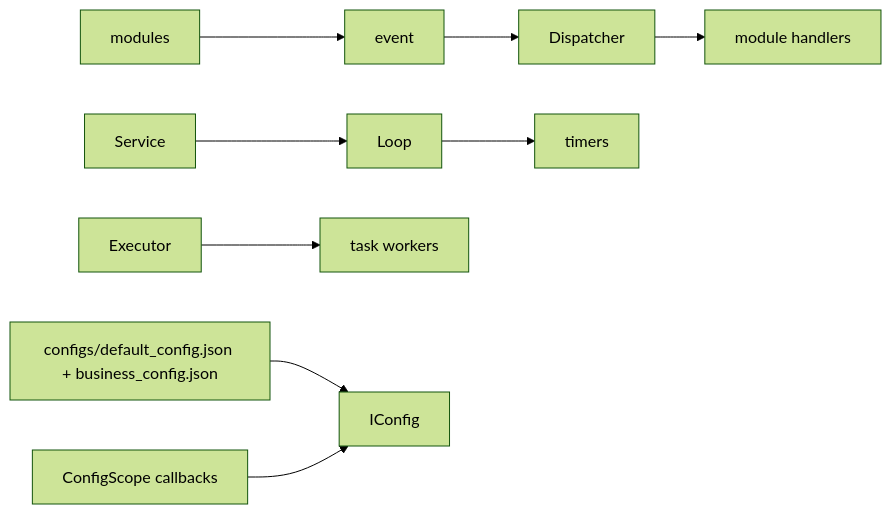
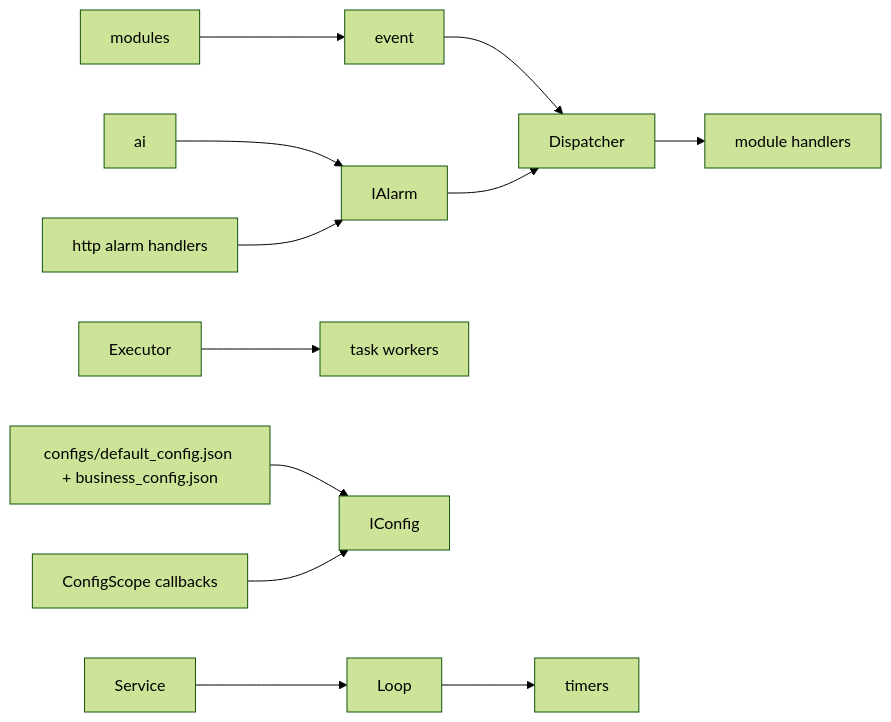
The diagram in docs/libs/event.md (373699756/live_stream), drawn with Mermaid (forest theme) before and after one commit. The commit also changed other lines of this file and 12 other files, not shown here.

````diff
--- a/docs/libs/event.md
+++ b/docs/libs/event.md
@@ -14,11 +14,14 @@
 ```mermaid
 flowchart LR
   Publishers[modules] --> Event[event]
   Event --> Dispatcher[Dispatcher]
   Dispatcher --> Handlers[module handlers]
   Service[Service] --> Loop[Loop]
   Loop --> Timers[timers]
   Executor[Executor] --> Tasks[task workers]
   ConfigFiles[configs/default_config.json + business_config.json] --> Config[IConfig]
   Modules[ConfigScope callbacks] --> Config
+  AI[ai] --> Alarm[IAlarm]
+  HTTP[http alarm handlers] --> Alarm
+  Alarm --> Dispatcher
 ```
````
